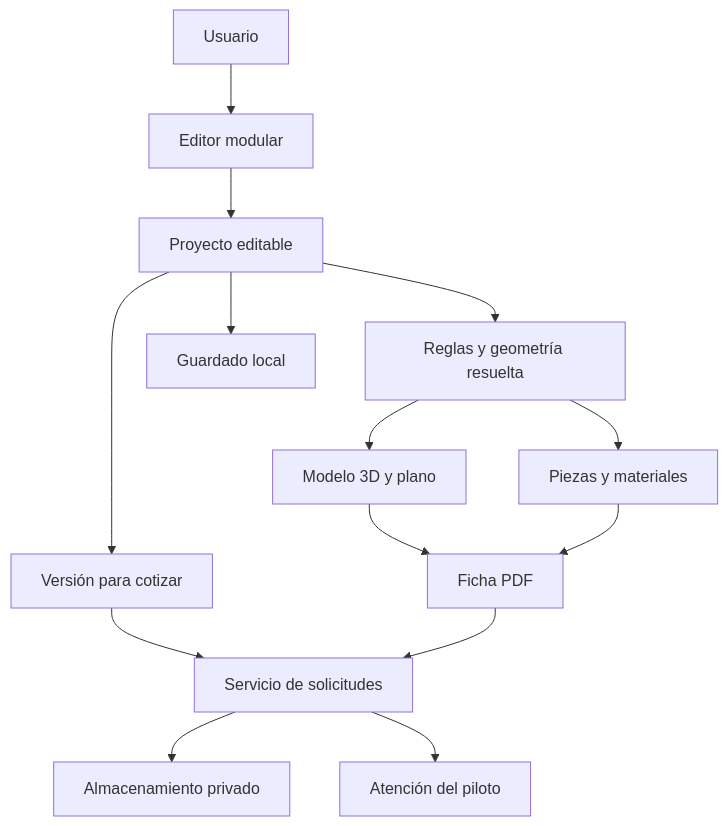
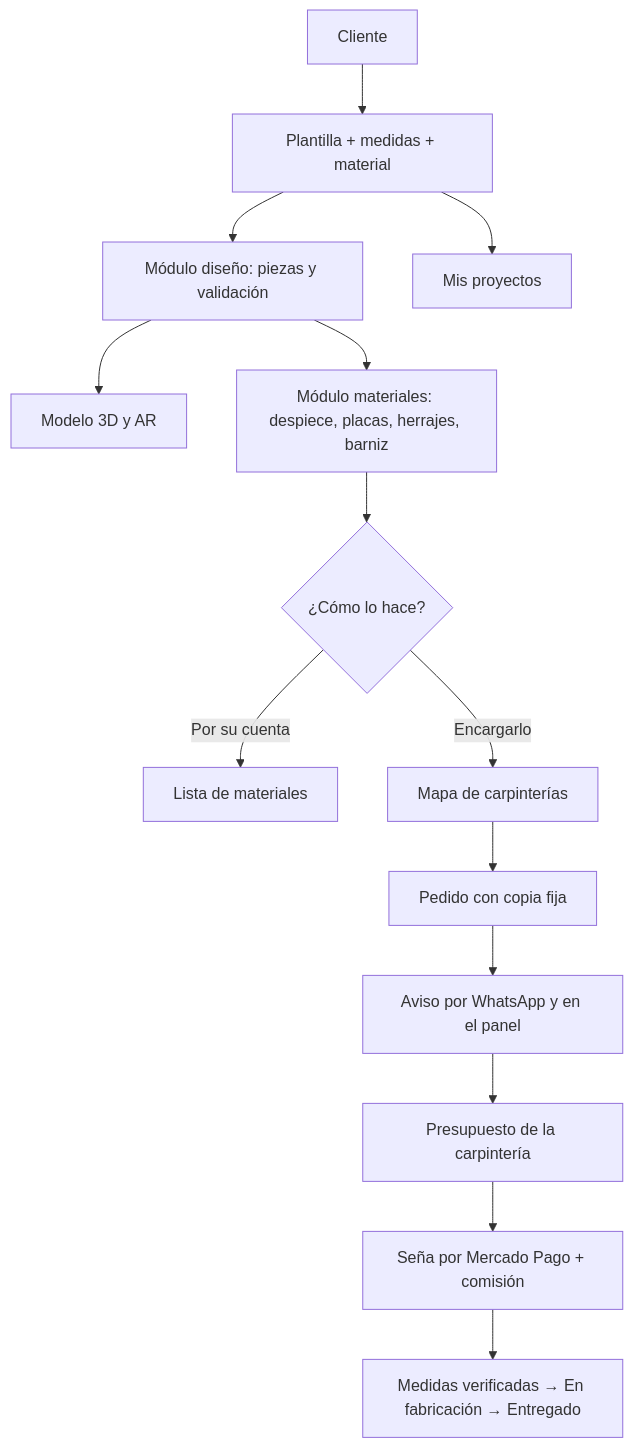
Before and after one commit to AcerrinLab/acerrinLab-data: the first of 7 diagrams in doc/04_diseno_y_arquitectura/DOC-04A_flujo_arquitectura.md, drawn with Mermaid. The commit also changed other lines of this file, not shown here.

````diff
--- a/doc/04_diseno_y_arquitectura/DOC-04A_flujo_arquitectura.md
+++ b/doc/04_diseno_y_arquitectura/DOC-04A_flujo_arquitectura.md
@@ -24,16 +23,16 @@
 ```mermaid
 flowchart TD
-  U["Usuario"] --> E["Editor modular"]
-  E --> P["Proyecto editable"]
-  P --> R["Reglas y geometría resuelta"]
-  R --> V["Modelo 3D y plano"]
-  R --> C["Piezas y materiales"]
-  P --> B["Guardado local"]
-  V --> F["Ficha PDF"]
-  C --> F
-  P --> S["Versión para cotizar"]
-  S --> A["Servicio de solicitudes"]
-  F --> A
-  A --> D["Almacenamiento privado"]
-  A --> O["Atención del piloto"]
+  C["Cliente"] --> P["Plantilla + medidas + material"]
+  P --> D["Módulo diseño: piezas y validación"]
+  D --> V["Modelo 3D y AR"]
+  D --> M["Módulo materiales: despiece, placas, herrajes, barniz"]
+  P --> G["Mis proyectos"]
+  M --> H{"¿Cómo lo hace?"}
+  H -->|Por su cuenta| L["Lista de materiales"]
+  H -->|Encargarlo| K["Mapa de carpinterías"]
+  K --> Q["Pedido con copia fija"]
+  Q --> N["Aviso por WhatsApp y en el panel"]
+  N --> R["Presupuesto de la carpintería"]
+  R --> S["Seña por Mercado Pago + comisión"]
+  S --> E["Medidas verificadas → En fabricación → Entregado"]
 ```
````
